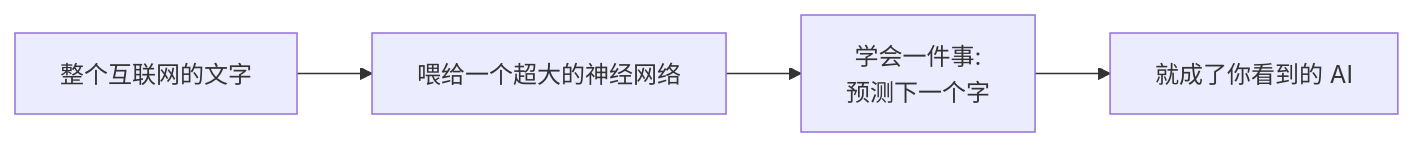
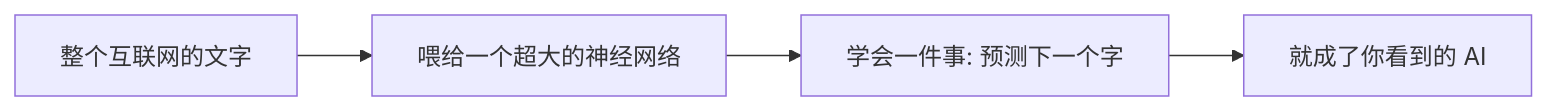
The first of 32 diagrams in docs/md/ai/ai-llm.md (fuzhengwei/CodeGuide), drawn with Mermaid before and after one commit. The commit also changed other lines of this file, not shown here.

````diff
--- a/docs/md/ai/ai-llm.md
+++ b/docs/md/ai/ai-llm.md
@@ -38,6 +38,6 @@
 ```mermaid
 graph LR
     A[整个互联网的文字] --> B[喂给一个超大的神经网络]
-    B --> C["学会一件事:<br/>预测下一个字"]
+    B --> C["学会一件事: 预测下一个字"]
     C --> D["就成了你看到的 AI"]
 ```
````
